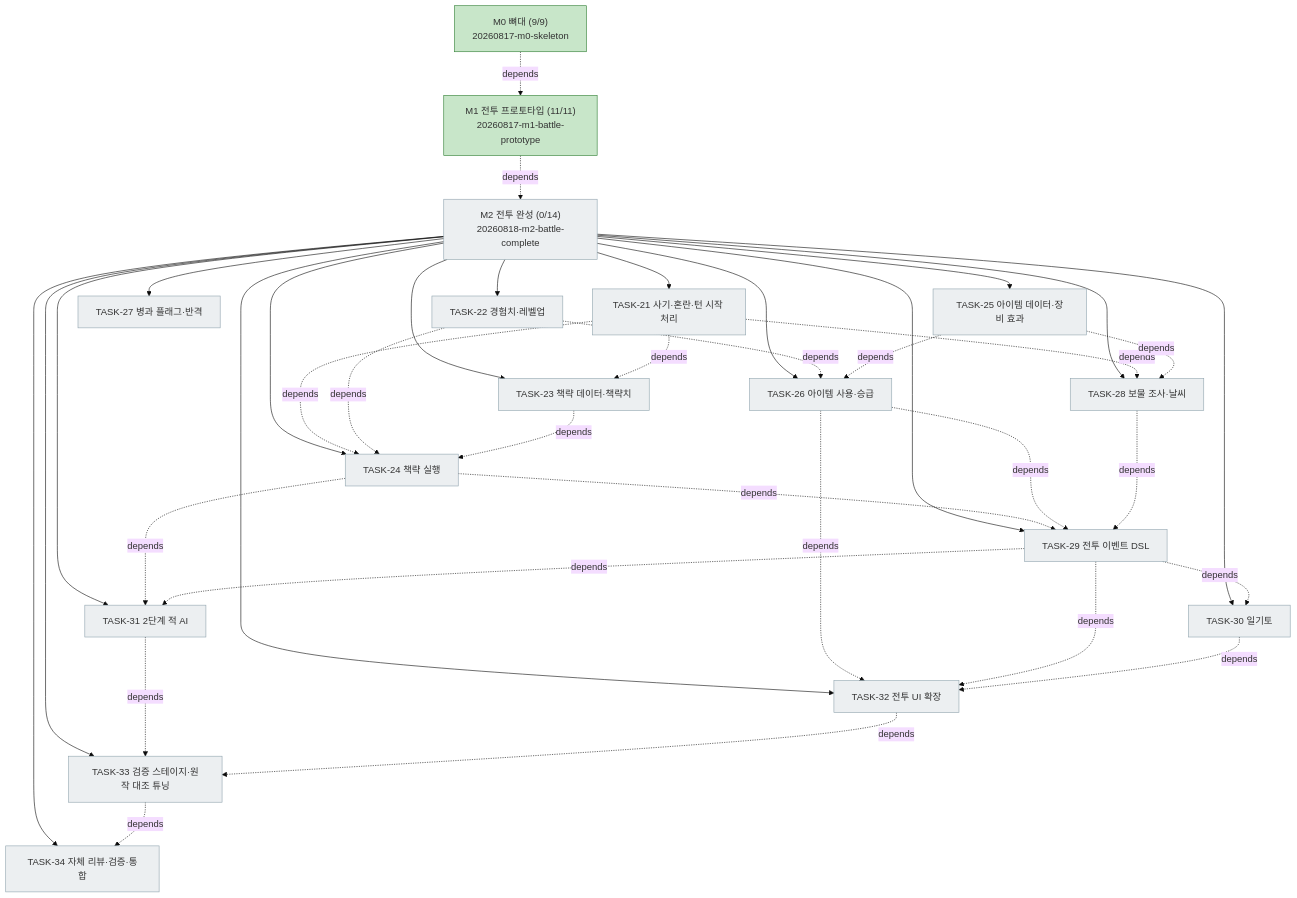
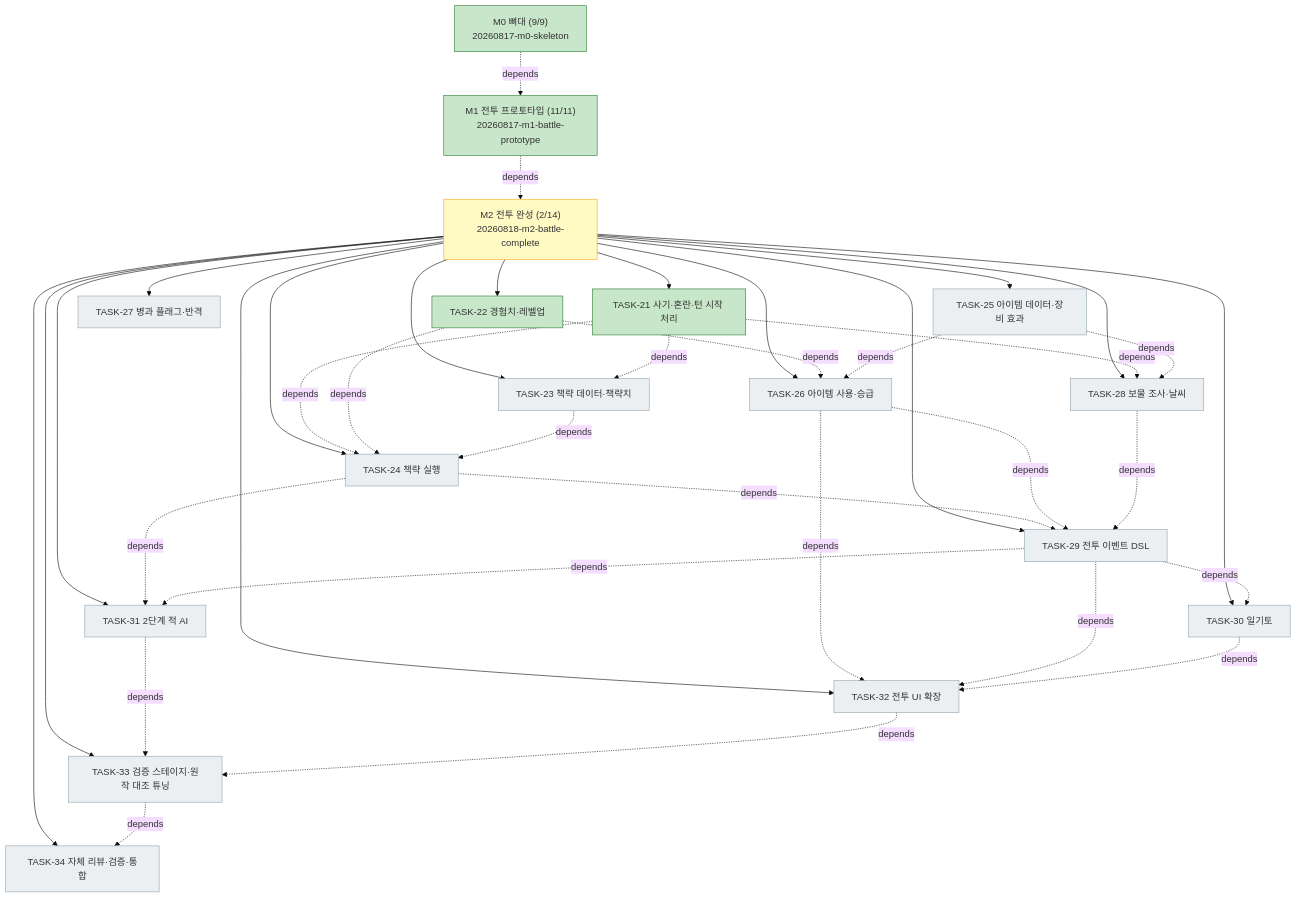
One commit to bluesky5008/HERO changed the diagram in docs/plan.md. Above: the diagram before and after it, drawn with Mermaid (base theme). The commit also changed other lines of this file and 20 other files, not shown here.

First line of the commit message:
feat(m2): TASK-21·22 — 사기·혼란과 턴 시작 처리, 경험치·레벨업

````diff
--- a/docs/plan.md
+++ b/docs/plan.md
@@ -77,46 +77,46 @@
 ```mermaid
 flowchart TD
     M0["M0 뼈대 (9/9)<br/>20260817-m0-skeleton"]:::done
     M1["M1 전투 프로토타입 (11/11)<br/>20260817-m1-battle-prototype"]:::done
-    M2["M2 전투 완성 (0/14)<br/>20260818-m2-battle-complete"]:::todo
+    M2["M2 전투 완성 (2/14)<br/>20260818-m2-battle-complete"]:::active
     M0 -. depends .-> M1
     M1 -. depends .-> M2
-    M2 --> T21["TASK-21 사기·혼란·턴 시작 처리"]:::todo
-    M2 --> T22["TASK-22 경험치·레벨업"]:::todo
+    M2 --> T21["TASK-21 사기·혼란·턴 시작 처리"]:::done
+    M2 --> T22["TASK-22 경험치·레벨업"]:::done
     M2 --> T23["TASK-23 책략 데이터·책략치"]:::todo
     M2 --> T24["TASK-24 책략 실행"]:::todo
     M2 --> T25["TASK-25 아이템 데이터·장비 효과"]:::todo
     M2 --> T26["TASK-26 아이템 사용·승급"]:::todo
     M2 --> T27["TASK-27 병과 플래그·반격"]:::todo
     M2 --> T28["TASK-28 보물 조사·날씨"]:::todo
     M2 --> T29["TASK-29 전투 이벤트 DSL"]:::todo
     M2 --> T30["TASK-30 일기토"]:::todo
     M2 --> T31["TASK-31 2단계 적 AI"]:::todo
     M2 --> T32["TASK-32 전투 UI 확장"]:::todo
     M2 --> T33["TASK-33 검증 스테이지·원작 대조 튜닝"]:::todo
     M2 --> T34["TASK-34 자체 리뷰·검증·통합"]:::todo
     T21 -. depends .-> T23
     T21 -. depends .-> T24
     T22 -. depends .-> T24
     T23 -. depends .-> T24
     T22 -. depends .-> T26
     T25 -. depends .-> T26
     T21 -. depends .-> T28
     T25 -. depends .-> T28
     T24 -. depends .-> T29
     T26 -. depends .-> T29
     T28 -. depends .-> T29
     T29 -. depends .-> T30
     T24 -. depends .-> T31
     T29 -. depends .-> T31
     T26 -. depends .-> T32
     T29 -. depends .-> T32
     T30 -. depends .-> T32
     T31 -. depends .-> T33
     T32 -. depends .-> T33
     T33 -. depends .-> T34
     classDef done fill:#c8e6c9,stroke:#2e7d32
     classDef active fill:#fff9c4,stroke:#f9a825
     classDef todo fill:#eceff1,stroke:#90a4ae
     classDef gate fill:#ffcdd2,stroke:#c62828
 ```
````
